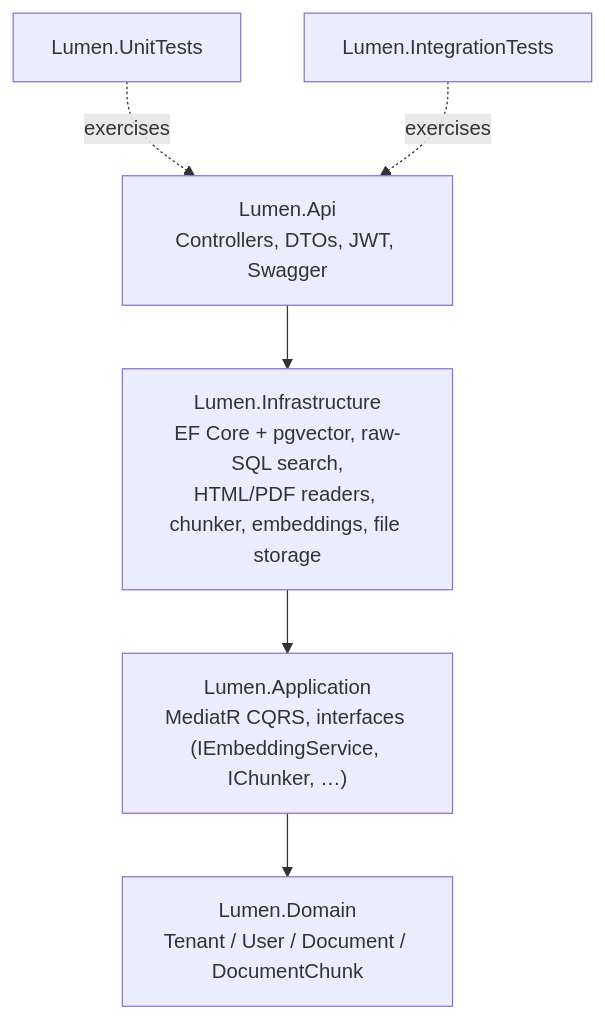
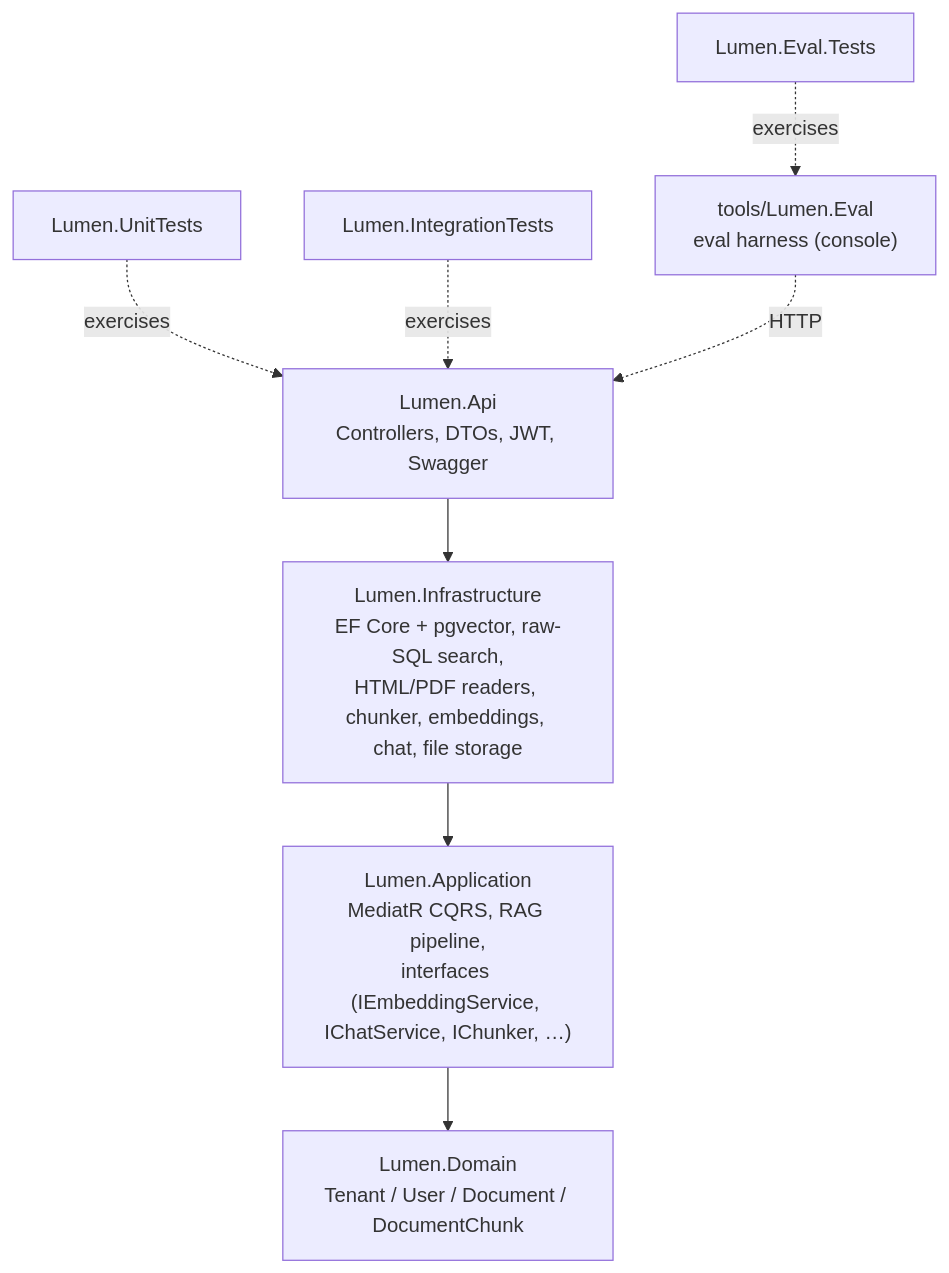
One commit to DanielyanArtyom/dotnet-mcp-rag-server changed the first of 5 diagrams in README.md. Above: the diagram before and after it, drawn with Mermaid. The commit also changed other lines of this file and 2 other files, not shown here.

````diff
--- a/README.md
+++ b/README.md
@@ -20,9 +36,11 @@
 ```mermaid
 graph TD
-    Api["Lumen.Api<br/>Controllers, DTOs, JWT, Swagger"] --> Infra["Lumen.Infrastructure<br/>EF Core + pgvector, raw-SQL search,<br/>HTML/PDF readers, chunker, embeddings, file storage"]
-    Infra --> App["Lumen.Application<br/>MediatR CQRS, interfaces (IEmbeddingService, IChunker, …)"]
+    Api["Lumen.Api<br/>Controllers, DTOs, JWT, Swagger"] --> Infra["Lumen.Infrastructure<br/>EF Core + pgvector, raw-SQL search,<br/>HTML/PDF readers, chunker, embeddings, chat, file storage"]
+    Infra --> App["Lumen.Application<br/>MediatR CQRS, RAG pipeline,<br/>interfaces (IEmbeddingService, IChatService, IChunker, …)"]
     App --> Domain["Lumen.Domain<br/>Tenant / User / Document / DocumentChunk"]
 
     UnitTests["Lumen.UnitTests"] -.exercises.-> Api
     IntegrationTests["Lumen.IntegrationTests"] -.exercises.-> Api
+    Eval["tools/Lumen.Eval<br/>eval harness (console)"] -.HTTP.-> Api
+    EvalTests["Lumen.Eval.Tests"] -.exercises.-> Eval
 ```
````
